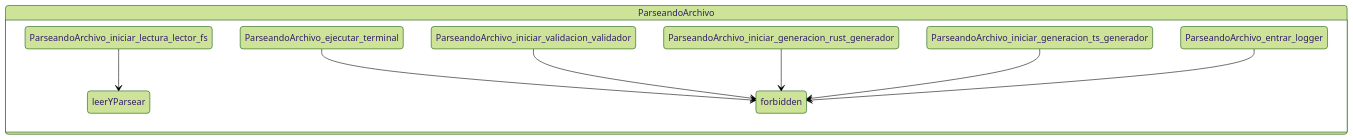
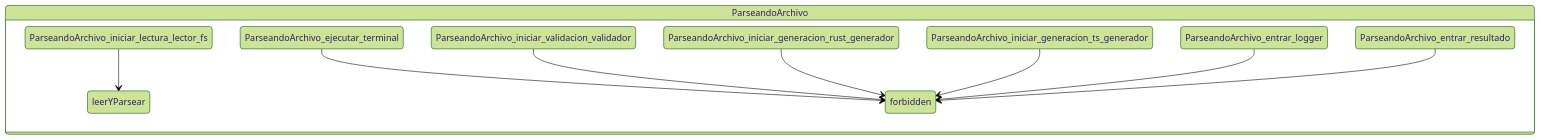
Before and after one commit to cepeche/Trenza-DSL: the third of 8 diagrams in spec/reference/trenza-cli/generated/CLI_Trenza_viz.md, drawn with Mermaid (forest theme). The commit also changed other lines of this file and 11 other files, not shown here.

````diff
--- a/spec/reference/trenza-cli/generated/CLI_Trenza_viz.md
+++ b/spec/reference/trenza-cli/generated/CLI_Trenza_viz.md
@@ -42,13 +43,14 @@
 ```mermaid
 stateDiagram-v2
 
     state ParseandoArchivo {
         ParseandoArchivo_iniciar_lectura_lector_fs --> leerYParsear
         ParseandoArchivo_ejecutar_terminal --> forbidden
         ParseandoArchivo_iniciar_validacion_validador --> forbidden
         ParseandoArchivo_iniciar_generacion_rust_generador --> forbidden
         ParseandoArchivo_iniciar_generacion_ts_generador --> forbidden
         ParseandoArchivo_entrar_logger --> forbidden
+        ParseandoArchivo_entrar_resultado --> forbidden
     }
 
 ```
````
